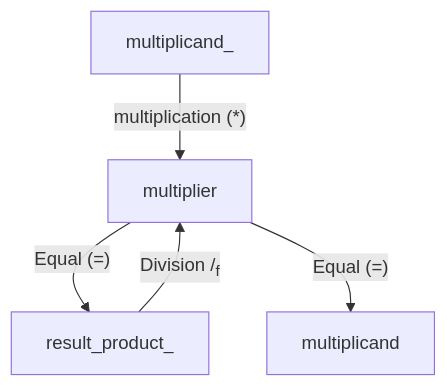
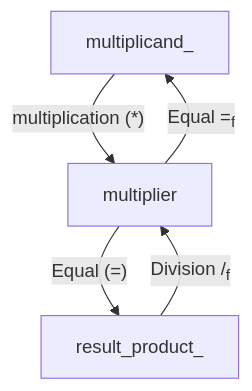
One commit to will-bc/Blockchain-Cryptocurrency changed the third of 3 diagrams in Finite_Field/README.md. Above: the diagram before and after it, drawn with Mermaid.

````diff
--- a/Finite_Field/README.md
+++ b/Finite_Field/README.md
@@ -49,8 +49,8 @@
 ```mermaid 
 graph TB 
 multiplicand_ --"multiplication (*)" --> multiplier-->|"Equal (=)"|result_product_ 
 
 result_product_-- "Division /<sub>f</sub>" -->multiplier
-multiplier-->|"Equal (=)"|multiplicand
+multiplier--"Equal =<sub>f</sub>" -->multiplicand_
 
 ```
````
